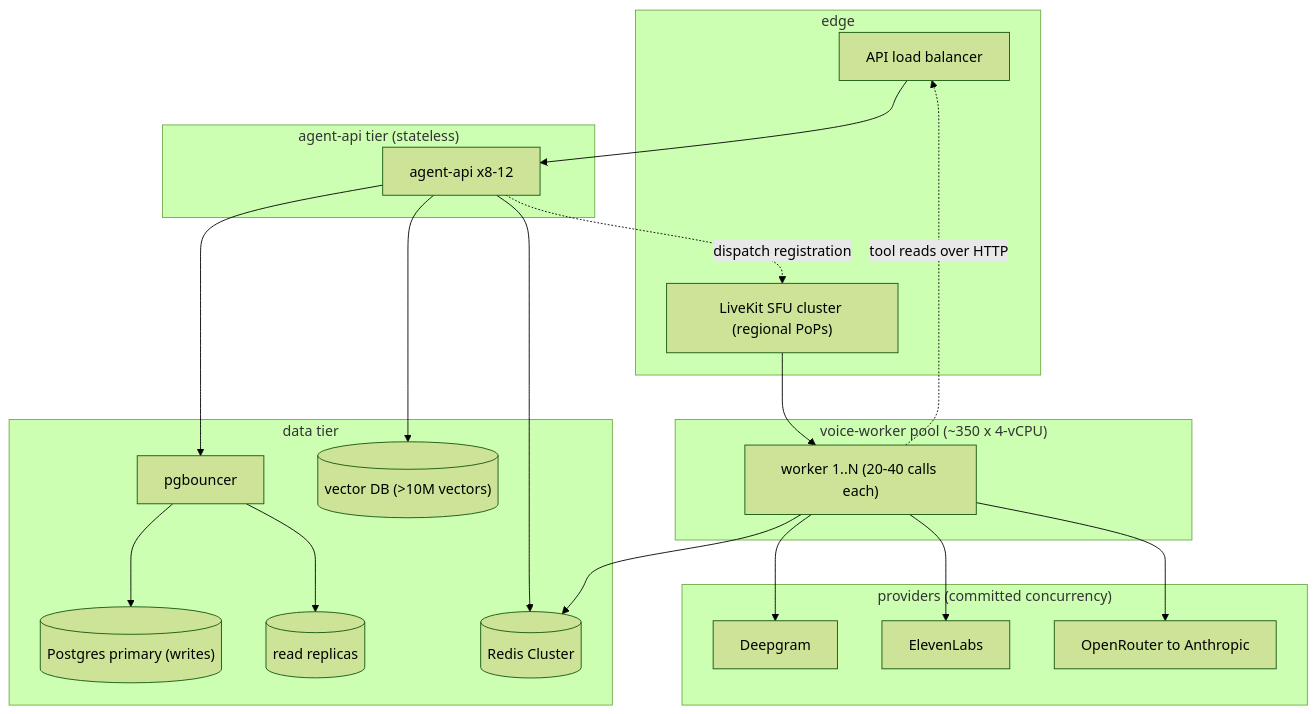
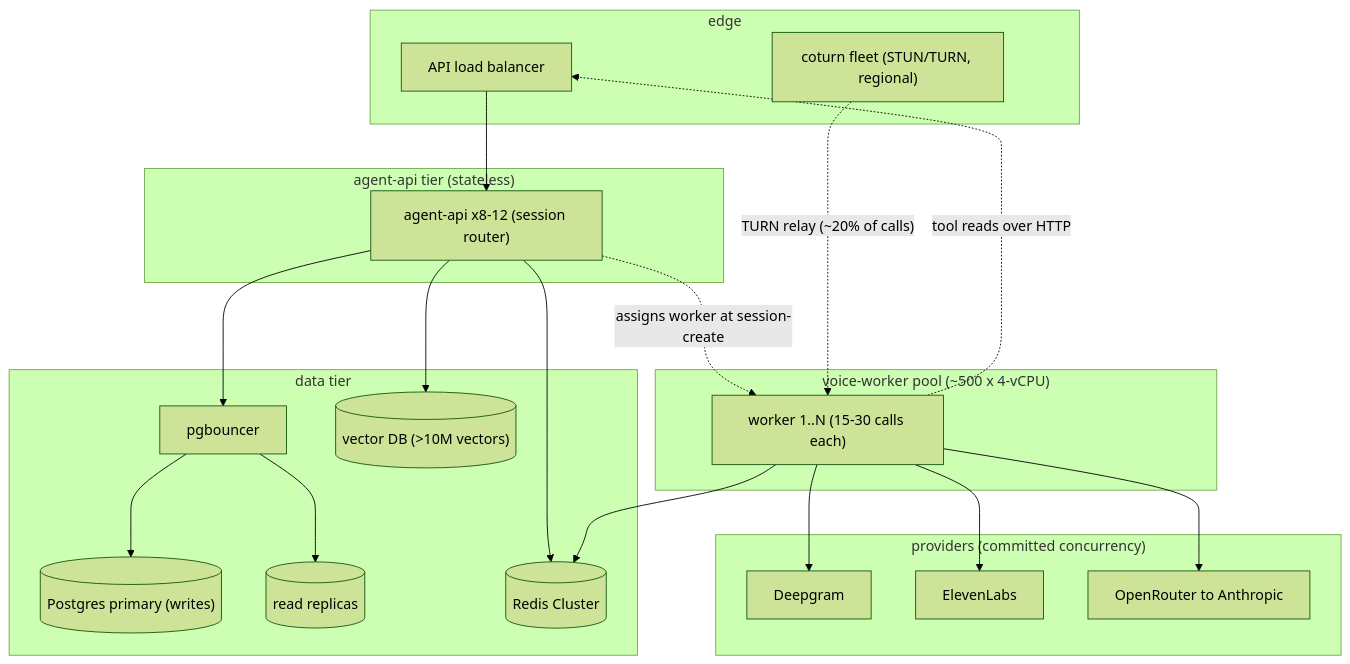
One commit to bibekanandan892/vyaparpay-voice-agent changed the first of 3 diagrams in docs/15-scalability-and-reliability.md. Above: the diagram before and after it, drawn with Mermaid (forest theme). The commit also changed other lines of this file and 22 other files, not shown here.

First line of the commit message:
refactor(arch): replace LiveKit with raw WebRTC (libwebrtc + aiortc)

````diff
--- a/docs/15-scalability-and-reliability.md
+++ b/docs/15-scalability-and-reliability.md
@@ -92,37 +93,37 @@
 ```mermaid
 flowchart TB
     subgraph EDGE["edge"]
         LB["API load balancer"]
-        SFU["LiveKit SFU cluster (regional PoPs)"]
+        CT["coturn fleet (STUN/TURN, regional)"]
     end
     subgraph API["agent-api tier (stateless)"]
-        A1["agent-api x8-12"]
+        A1["agent-api x8-12 (session router)"]
     end
-    subgraph WK["voice-worker pool (~350 x 4-vCPU)"]
-        W1["worker 1..N (20-40 calls each)"]
+    subgraph WK["voice-worker pool (~500 x 4-vCPU)"]
+        W1["worker 1..N (15-30 calls each)"]
     end
     subgraph DATA["data tier"]
         PGB["pgbouncer"]
         PGP[("Postgres primary (writes)")]
         PGR[("read replicas")]
         VDB[("vector DB (>10M vectors)")]
         RC[("Redis Cluster")]
     end
     subgraph PROV["providers (committed concurrency)"]
         DG["Deepgram"]
         EL["ElevenLabs"]
         OR["OpenRouter to Anthropic"]
     end
     LB --> A1
     A1 --> PGB --> PGP
     PGB --> PGR
     A1 --> RC
-    A1 -. "dispatch registration" .-> SFU
-    SFU --> W1
+    A1 -. "assigns worker at session-create" .-> W1
+    CT -. "TURN relay (~20% of calls)" .-> W1
     W1 --> DG
     W1 --> EL
     W1 --> OR
     W1 -. "tool reads over HTTP" .-> LB
     W1 --> RC
     A1 --> VDB
 ```
````
